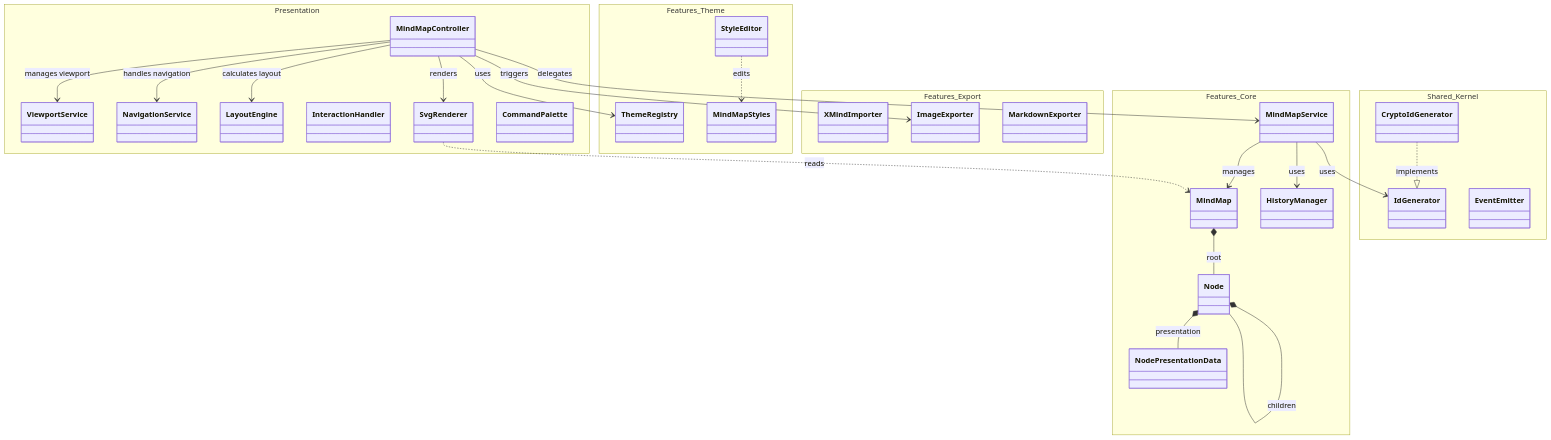
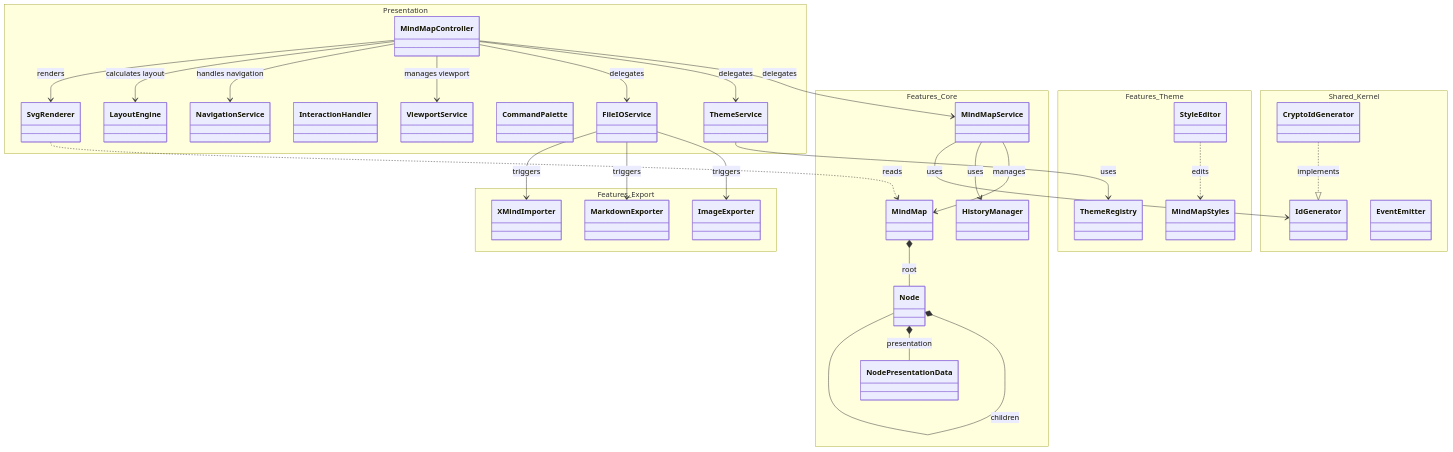
One commit to hiroooo000/kakidash changed the second of 7 diagrams in docs/SOFTWARE_ARCHITECTURE_ja.md. Above: the diagram before and after it, drawn with Mermaid. The commit also changed other lines of this file and 25 other files, not shown here.

First line of the commit message:
refactor: extract FileIOService and ThemeService from MindMapController

````diff
--- a/docs/SOFTWARE_ARCHITECTURE_ja.md
+++ b/docs/SOFTWARE_ARCHITECTURE_ja.md
@@ -67,62 +73,69 @@
 ```mermaid
 classDiagram
     direction TB
 
     namespace Presentation {
         class MindMapController
         class ViewportService
         class NavigationService
         class LayoutEngine
         class InteractionHandler
         class SvgRenderer
         class CommandPalette
+        class ThemeService
+        class FileIOService
     }
 
     namespace Features_Core {
         class MindMapService
         class MindMap
         class Node
         class NodePresentationData
         class HistoryManager
     }
 
     namespace Features_Theme {
         class ThemeRegistry
         class StyleEditor
         class MindMapStyles
     }
 
     namespace Features_Export {
         class XMindImporter
         class ImageExporter
         class MarkdownExporter
     }
 
     namespace Shared_Kernel {
         class IdGenerator
         class CryptoIdGenerator
         class EventEmitter
     }
 
     %% Relationships
+    %% Relationships
     MindMapController --> MindMapService : delegates
-    MindMapController --> ThemeRegistry : uses
-    MindMapController --> ImageExporter : triggers
+    MindMapController --> ThemeService : delegates
+    MindMapController --> FileIOService : delegates
+    ThemeService --> ThemeRegistry : uses
+    FileIOService --> ImageExporter : triggers
+    FileIOService --> MarkdownExporter : triggers
+    FileIOService --> XMindImporter : triggers
     MindMapController --> ViewportService : manages viewport
     MindMapController --> NavigationService : handles navigation
     MindMapController --> LayoutEngine : calculates layout
     MindMapController --> SvgRenderer : renders
     
     MindMapService --> MindMap : manages
     MindMapService --> HistoryManager : uses
     MindMapService --> IdGenerator : uses
 
     MindMap *-- Node : root
     Node *-- Node : children
     Node *-- NodePresentationData : presentation
 
     SvgRenderer ..> MindMap : reads
     StyleEditor ..> MindMapStyles : edits
     
     CryptoIdGenerator ..|> IdGenerator : implements
 ```
````
